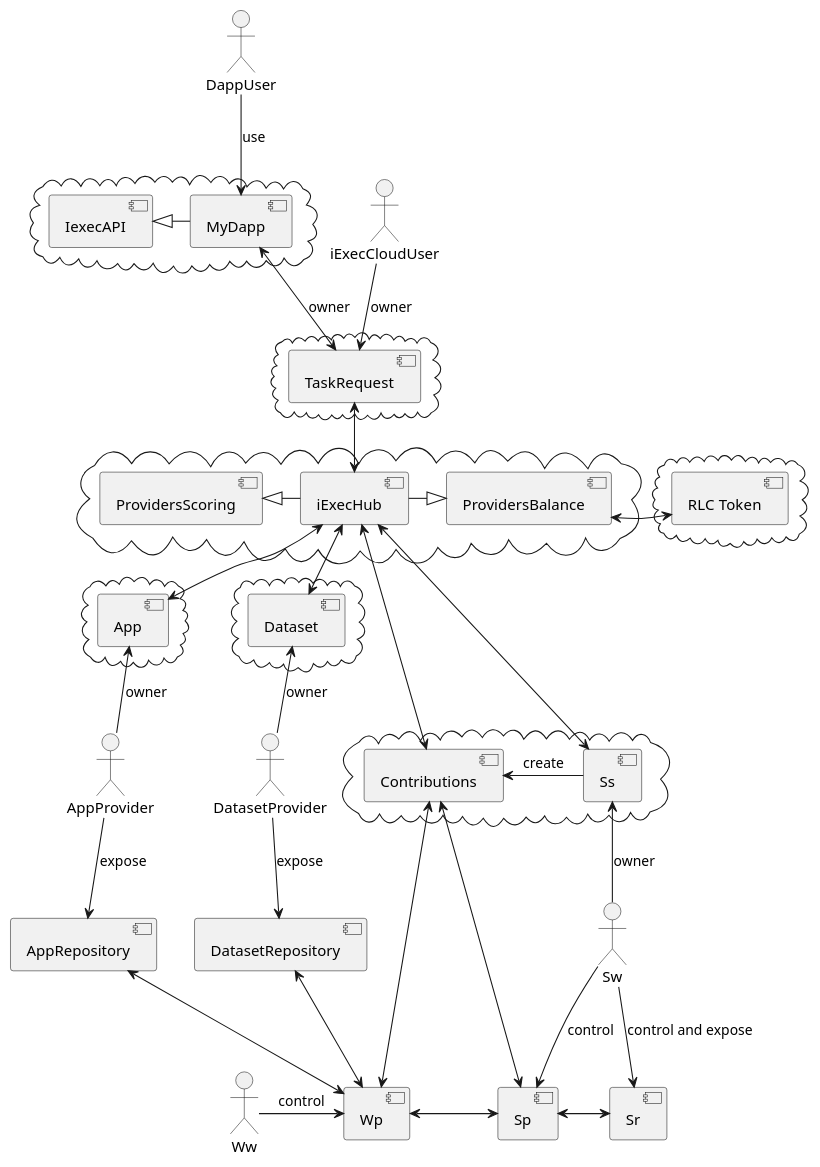
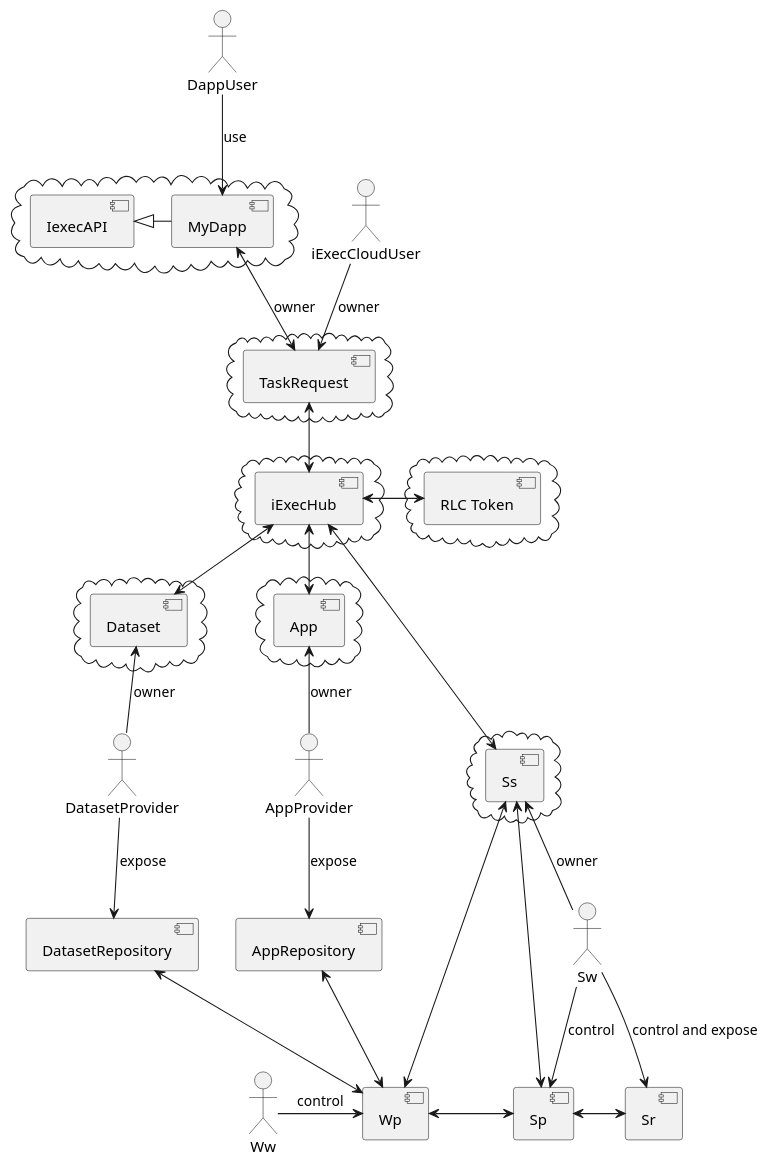
The diagram in uml/ArchitectureV2Symbols.puml (iExecBlockchainComputing/PoCo), drawn with PlantUML before and after one commit. The commit also changed 10 other files, not shown here.

Commit message:
update uml without contribution.sol

```diff
--- a/uml/ArchitectureV2Symbols.puml
+++ b/uml/ArchitectureV2Symbols.puml
@@ -1,119 +1,107 @@
 @startuml
 
 
 :iExecCloudUser:
 :DappUser:
 :AppProvider:
 :Sw:
 :DatasetProvider:
 :Ww:
 
 
 cloud {
   [MyDapp]
   [IexecAPI]
 }
 component [MyDapp]
 component [IexecAPI]
 [IexecAPI] <|-right-  [MyDapp]
 
 
 
 DappUser -down-> [MyDapp]: use
 
 
 cloud {
   [TaskRequest]
 }
 
 component [TaskRequest]
 
 MyDapp <-down-> [TaskRequest]: owner
 
 iExecCloudUser -down-> [TaskRequest]: owner
 
 cloud {
   [App]
 }
 component [App]
 component [AppRepository]
 
 
 cloud {
   [Dataset]
 }
 component [Dataset]
 component [DatasetRepository]
 
 
 cloud {
   [Ss]
-  [Contributions]
 }
 
 component [Ss]
-component [Contributions]
 component [Sp]
 component [Sr]
 
 component [Wp]
 
 cloud {
   [iExecHub]
-  [ProvidersScoring]
-  [ProvidersBalance]
 }
 
 cloud {
   [RLC Token]
 }
-component [ProvidersScoring]
 component [iExecHub]
-component [ProvidersBalance]
 component [RLC Token]
 
 
-[ProvidersBalance] <-right-> [RLC Token]
-
-[ProvidersBalance] <|-left-  [iExecHub]
-[ProvidersScoring] <|-right-  [iExecHub]
+[iExecHub] <-right-> [RLC Token]
 
 
 AppProvider -up-> [App]: owner
 AppProvider -down-> AppRepository: expose
 
 DatasetProvider -up-> [Dataset]: owner
 DatasetProvider -down-> DatasetRepository: expose
 
 Sw -up-> [Ss]: owner
 
-[Ss] -right-> [Contributions] :create
+
 Sw -down-> [Sp]: control
 Sw -down-> [Sr]: control and expose
 Sr <-left-> [Sp]
 
 
 [Dataset] <-up-> [iExecHub]
 [App] <-up-> [iExecHub]
 
 [iExecHub] <-down-> [Ss]
-[iExecHub] <-down-> [Contributions]
 [iExecHub] <-up-> [TaskRequest]
 
-[Sp] <-up-> [Contributions]
-[Wp] <-up-> [Contributions]
+[Sp] <-up-> [Ss]
+[Wp] <-up-> [Ss]
 
 [Ww] -right-> [Wp]: control
 
 [Wp] <-right-> [Sp]
 
 
 [Wp] <-up-> [AppRepository]
 
 [Wp] <-up-> [DatasetRepository]
 
-'missing link :  [AppRepository] <-> [Wp] . add mannualy on img because i do not succeed to layout it
-
 
 
 @enduml
```
